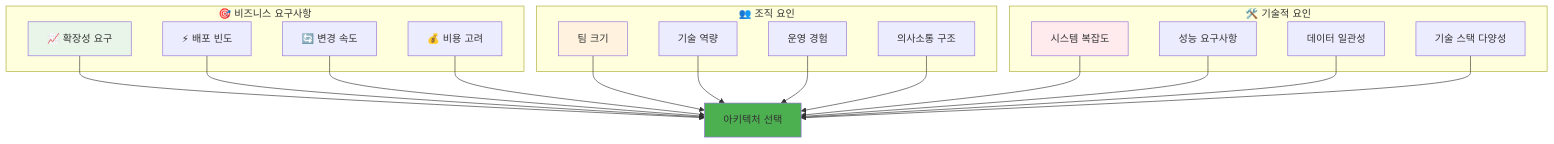
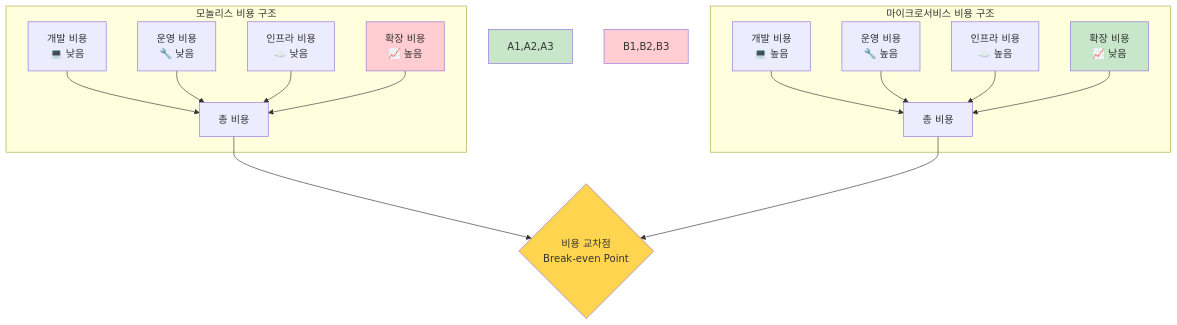
The second of 3 diagrams in theory/week_04/day1/session_1.md (niceguy61/kdt_devops_lecture_2025), drawn with Mermaid before and after one commit. The commit also changed other lines of this file and 5 other files, not shown here.

````diff
--- a/theory/week_04/day1/session_1.md
+++ b/theory/week_04/day1/session_1.md
@@ -375,41 +87,25 @@
 ```mermaid
 graph TB
-    subgraph "🎯 비즈니스 요구사항"
-        A1[📈 확장성 요구]
-        A2[⚡ 배포 빈도]
-        A3[🔄 변경 속도]
-        A4[💰 비용 고려]
+    subgraph "모놀리스 비용 구조"
+        A1[개발 비용<br/>💻 낮음] --> T1[총 비용]
+        A2[운영 비용<br/>🔧 낮음] --> T1
+        A3[인프라 비용<br/>☁️ 낮음] --> T1
+        A4[확장 비용<br/>📈 높음] --> T1
     end
     
-    subgraph "👥 조직 요인"
-        B1[팀 크기]
-        B2[기술 역량]
-        B3[운영 경험]
-        B4[의사소통 구조]
+    subgraph "마이크로서비스 비용 구조"
+        B1[개발 비용<br/>💻 높음] --> T2[총 비용]
+        B2[운영 비용<br/>🔧 높음] --> T2
+        B3[인프라 비용<br/>☁️ 높음] --> T2
+        B4[확장 비용<br/>📈 낮음] --> T2
     end
     
-    subgraph "🛠️ 기술적 요인"
-        C1[시스템 복잡도]
-        C2[성능 요구사항]
-        C3[데이터 일관성]
-        C4[기술 스택 다양성]
-    end
+    T1 --> C{비용 교차점<br/>Break-even Point}
+    T2 --> C
     
-    A1 --> D[아키텍처 선택]
-    A2 --> D
-    A3 --> D
-    A4 --> D
-    B1 --> D
-    B2 --> D
-    B3 --> D
-    B4 --> D
-    C1 --> D
-    C2 --> D
-    C3 --> D
-    C4 --> D
-    
-    style D fill:#4caf50
-    style A1 fill:#e8f5e8
-    style B1 fill:#fff3e0
-    style C1 fill:#ffebee
+    style A1,A2,A3 fill:#c8e6c9
+    style A4 fill:#ffcdd2
+    style B1,B2,B3 fill:#ffcdd2
+    style B4 fill:#c8e6c9
+    style C fill:#ffd54f
 ```
````
